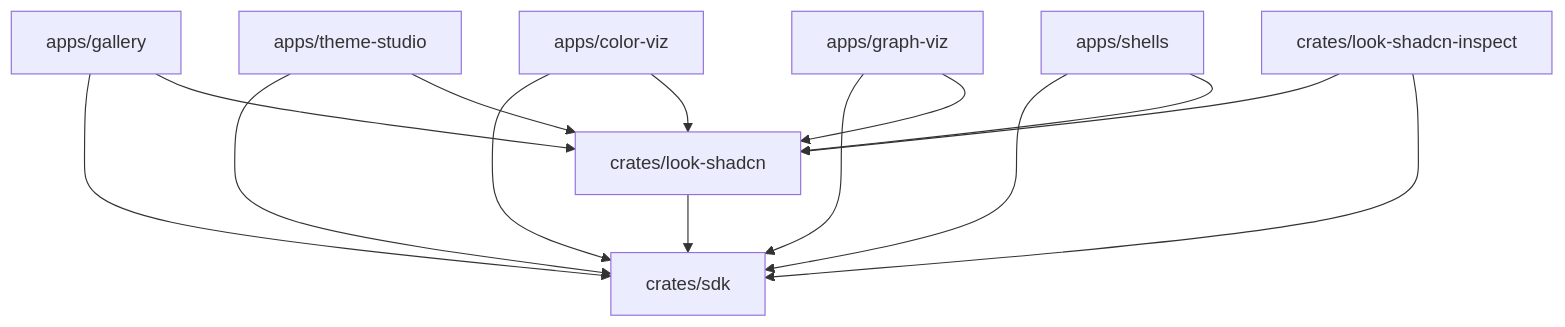
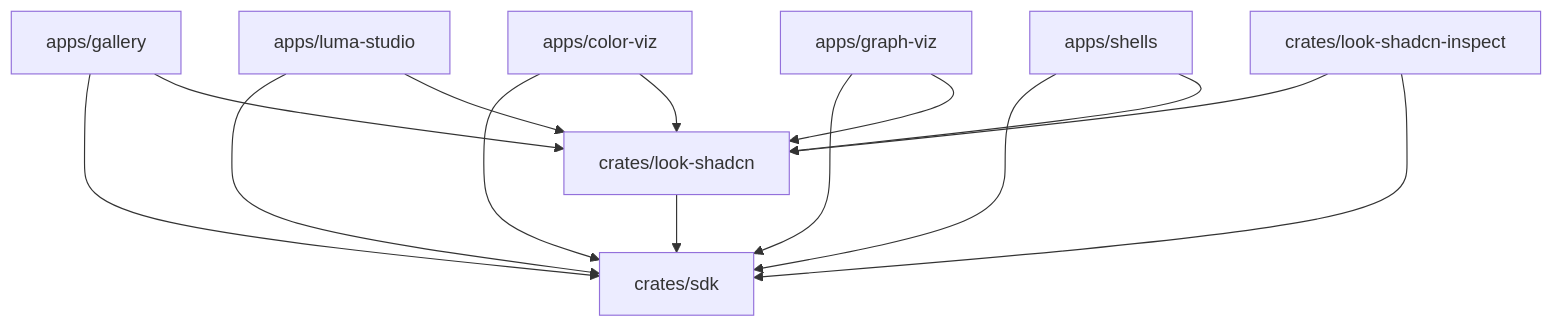
One commit to gpui-luma-dev/gpui-luma changed the diagram in docs/architecture.md. Above: the diagram before and after it, drawn with Mermaid. The commit also changed other lines of this file and 214 other files, not shown here.

````diff
--- a/docs/architecture.md
+++ b/docs/architecture.md
@@ -24,16 +24,16 @@
 ```mermaid
 graph TD
     Gallery[apps/gallery] --> SDK[crates/sdk]
     Gallery --> Look[crates/look-shadcn]
-    Studio[apps/theme-studio] --> SDK
+    Studio[apps/luma-studio] --> SDK
     Studio --> Look
     ColorViz[apps/color-viz] --> SDK
     ColorViz --> Look
     GraphViz[apps/graph-viz] --> SDK
     GraphViz --> Look
     Shells[apps/shells] --> SDK
     Shells --> Look
     Look --> SDK
     LookInspect[crates/look-shadcn-inspect] --> Look
     LookInspect --> SDK
 ```
````
